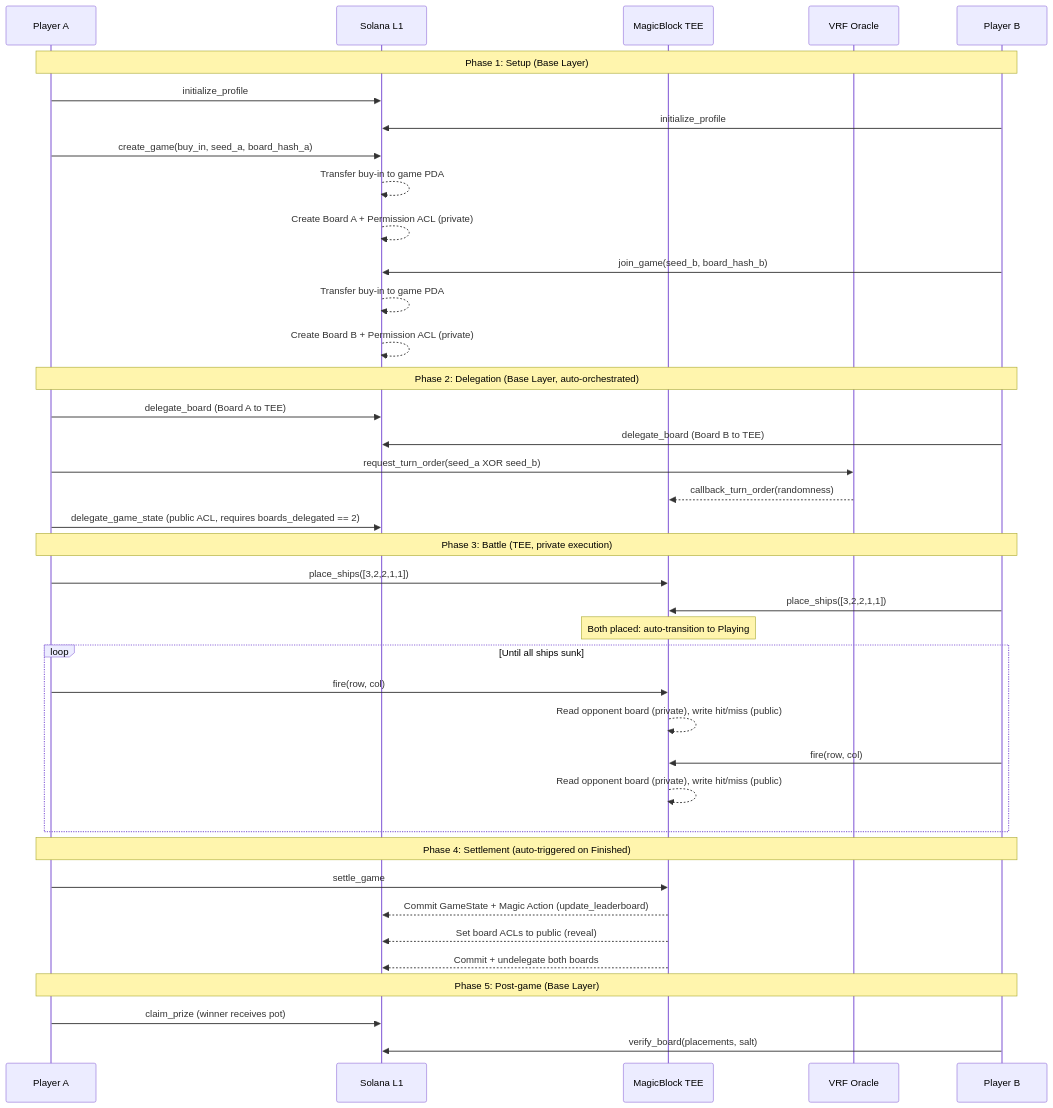
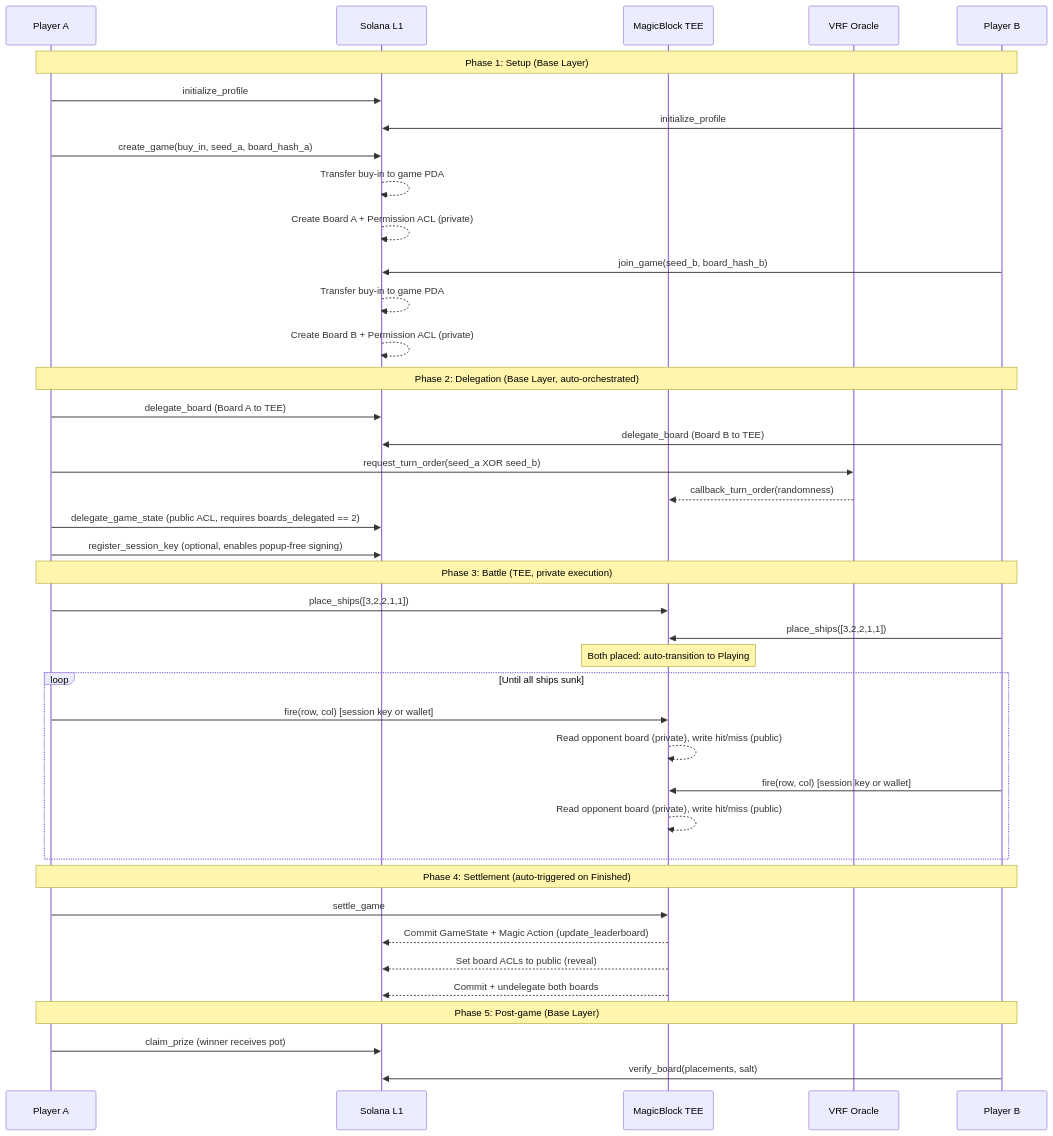
Before and after one commit to Andy00L/private-battleship: the second of 11 diagrams in ARCHITECTURE.md, drawn with Mermaid. The commit also changed other lines of this file and 21 other files, not shown here.

````diff
--- a/ARCHITECTURE.md
+++ b/ARCHITECTURE.md
@@ -86,47 +93,48 @@
 ```mermaid
 sequenceDiagram
     participant A as Player A
     participant L1 as Solana L1
     participant TEE as MagicBlock TEE
     participant VRF as VRF Oracle
     participant B as Player B
 
     Note over A,B: Phase 1: Setup (Base Layer)
     A->>L1: initialize_profile
     B->>L1: initialize_profile
     A->>L1: create_game(buy_in, seed_a, board_hash_a)
     L1-->>L1: Transfer buy-in to game PDA
     L1-->>L1: Create Board A + Permission ACL (private)
     B->>L1: join_game(seed_b, board_hash_b)
     L1-->>L1: Transfer buy-in to game PDA
     L1-->>L1: Create Board B + Permission ACL (private)
 
     Note over A,B: Phase 2: Delegation (Base Layer, auto-orchestrated)
     A->>L1: delegate_board (Board A to TEE)
     B->>L1: delegate_board (Board B to TEE)
     A->>VRF: request_turn_order(seed_a XOR seed_b)
     VRF-->>TEE: callback_turn_order(randomness)
     A->>L1: delegate_game_state (public ACL, requires boards_delegated == 2)
+    A->>L1: register_session_key (optional, enables popup-free signing)
 
     Note over A,B: Phase 3: Battle (TEE, private execution)
     A->>TEE: place_ships([3,2,2,1,1])
     B->>TEE: place_ships([3,2,2,1,1])
     Note over TEE: Both placed: auto-transition to Playing
 
     loop Until all ships sunk
-        A->>TEE: fire(row, col)
+        A->>TEE: fire(row, col) [session key or wallet]
         TEE-->>TEE: Read opponent board (private), write hit/miss (public)
-        B->>TEE: fire(row, col)
+        B->>TEE: fire(row, col) [session key or wallet]
         TEE-->>TEE: Read opponent board (private), write hit/miss (public)
     end
 
     Note over A,B: Phase 4: Settlement (auto-triggered on Finished)
     A->>TEE: settle_game
     TEE-->>L1: Commit GameState + Magic Action (update_leaderboard)
     TEE-->>L1: Set board ACLs to public (reveal)
     TEE-->>L1: Commit + undelegate both boards
 
     Note over A,B: Phase 5: Post-game (Base Layer)
     A->>L1: claim_prize (winner receives pot)
     B->>L1: verify_board(placements, salt)
 ```
````
